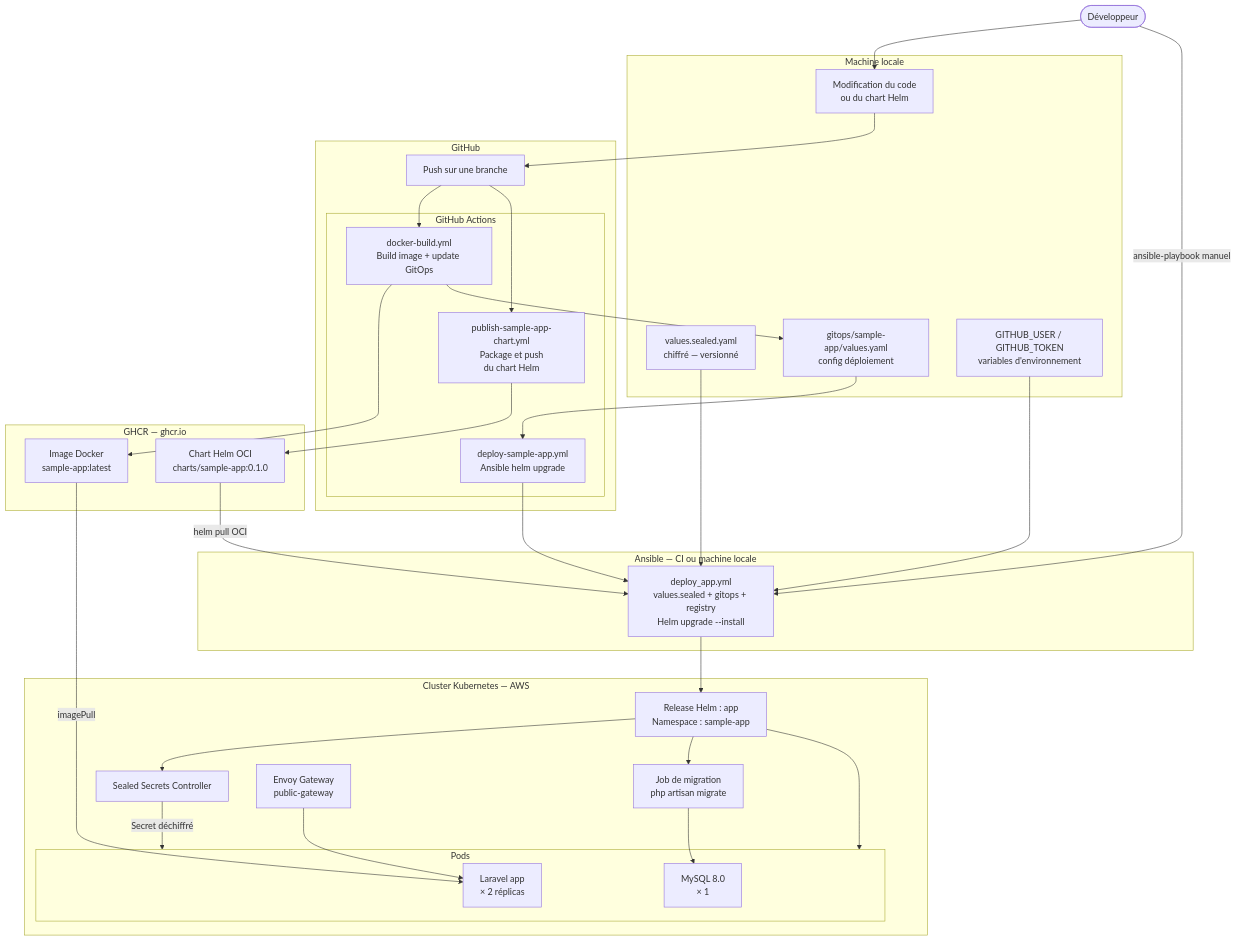
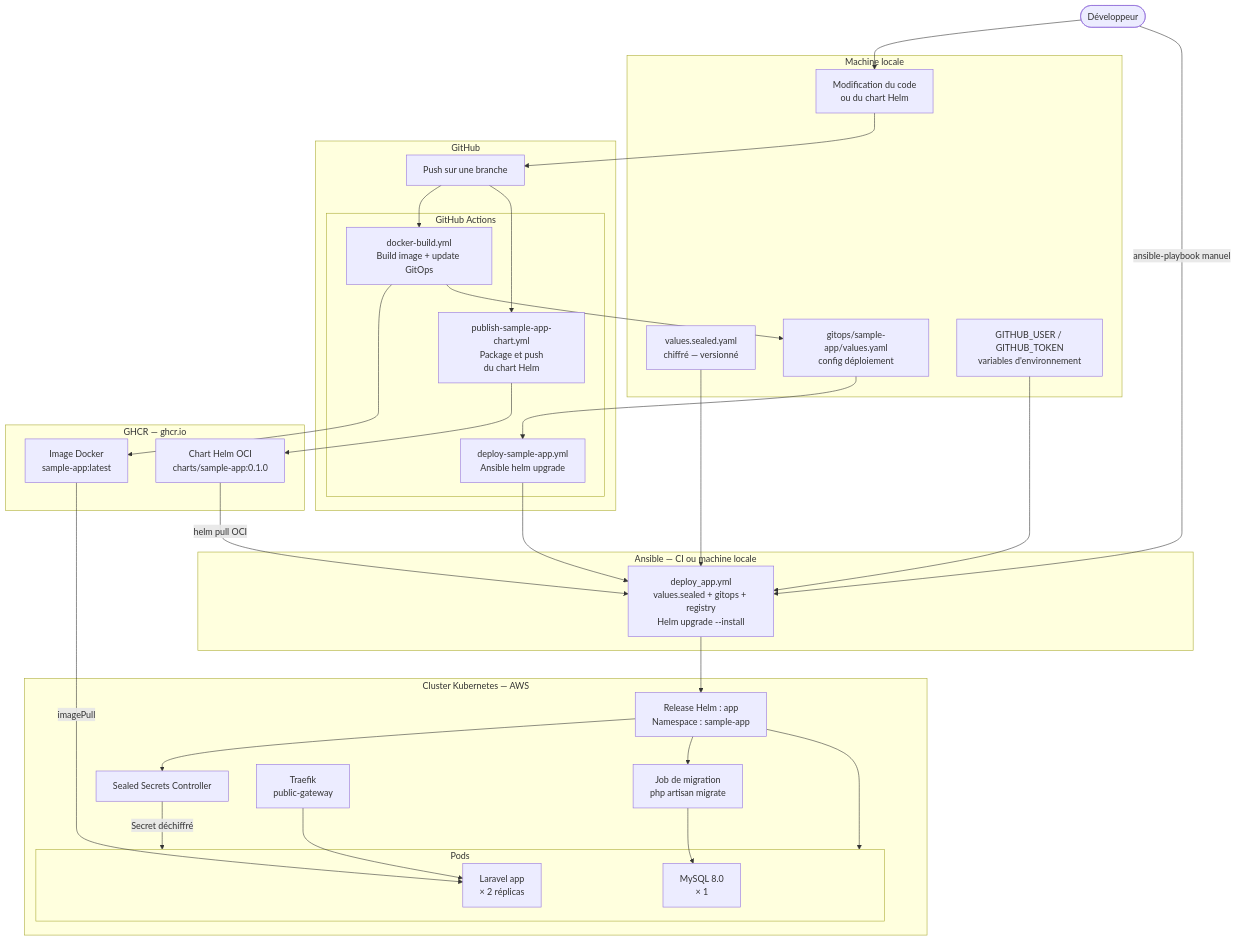
One commit to PikPakPik/T-CLO-902-NAN_1 changed the first of 2 diagrams in docs/deployment-flow.md. Above: the diagram before and after it, drawn with Mermaid. The commit also changed 14 other files, not shown here.

````diff
--- a/docs/deployment-flow.md
+++ b/docs/deployment-flow.md
@@ -5,60 +5,60 @@
 ```mermaid
 flowchart TD
     dev([Développeur])
 
     subgraph local[Machine locale]
         code[Modification du code\nou du chart Helm]
         sealed[values.sealed.yaml\nchiffré — versionné]
         gitops[gitops/sample-app/values.yaml\nconfig déploiement]
         ghcr_env[GITHUB_USER / GITHUB_TOKEN\nvariables d'environnement]
     end
 
     subgraph github[GitHub]
         push[Push sur une branche]
         subgraph ci[GitHub Actions]
             ci_docker[docker-build.yml\nBuild image + update GitOps]
             ci_deploy[deploy-sample-app.yml\nAnsible helm upgrade]
             ci_helm[publish-sample-app-chart.yml\nPackage et push\ndu chart Helm]
         end
     end
 
     subgraph ghcr[GHCR — ghcr.io]
         img[Image Docker\nsample-app:latest]
         chart[Chart Helm OCI\ncharts/sample-app:0.1.0]
     end
 
     subgraph ansible[Ansible — CI ou machine locale]
         playbook[deploy_app.yml\nvalues.sealed + gitops + registry\nHelm upgrade --install]
     end
 
     subgraph cluster[Cluster Kubernetes — AWS]
         helm_release[Release Helm : app\nNamespace : sample-app]
         sealed_ctrl[Sealed Secrets Controller]
         subgraph pods[Pods]
             app_pod[Laravel app\n× 2 réplicas]
             mysql_pod[MySQL 8.0\n× 1]
         end
         migration[Job de migration\nphp artisan migrate]
-        gateway[Envoy Gateway\npublic-gateway]
+        gateway[Traefik\npublic-gateway]
     end
 
     dev --> code
     code --> push
     push --> ci_docker --> img
     push --> ci_helm --> chart
     ci_docker --> gitops
     gitops --> ci_deploy
     ci_deploy --> playbook
     dev --> |ansible-playbook manuel| playbook
     chart --> |helm pull OCI| playbook
     sealed --> playbook
     ghcr_env --> playbook
     playbook --> helm_release
     helm_release --> sealed_ctrl
     sealed_ctrl --> |Secret déchiffré| pods
     img --> |imagePull| app_pod
     helm_release --> pods
     helm_release --> migration
     migration --> mysql_pod
     gateway --> app_pod
 ```
````
